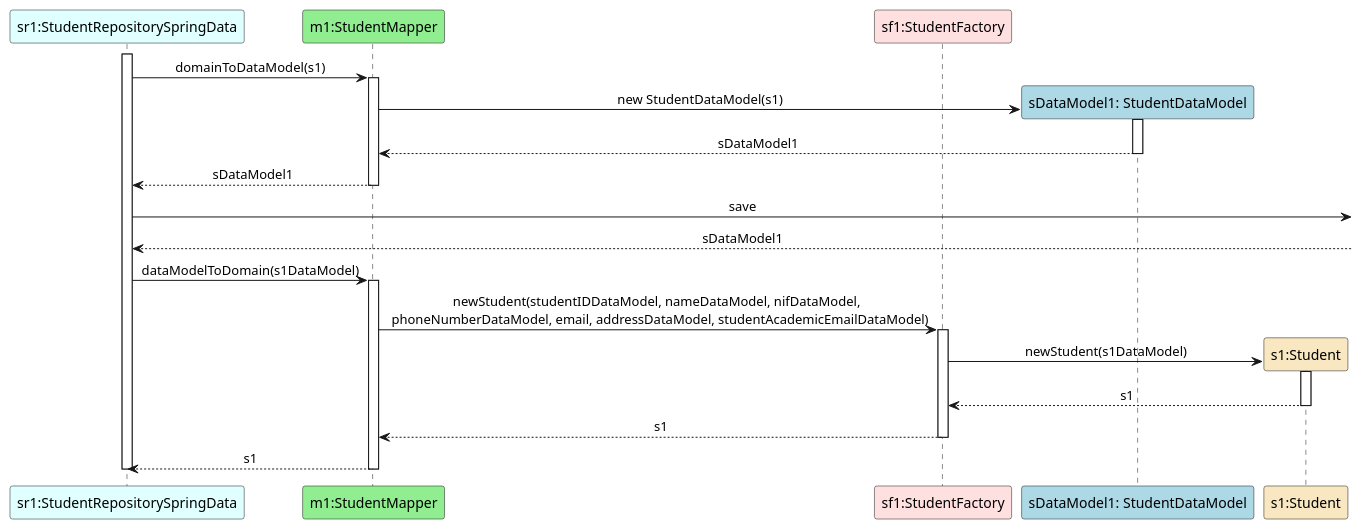
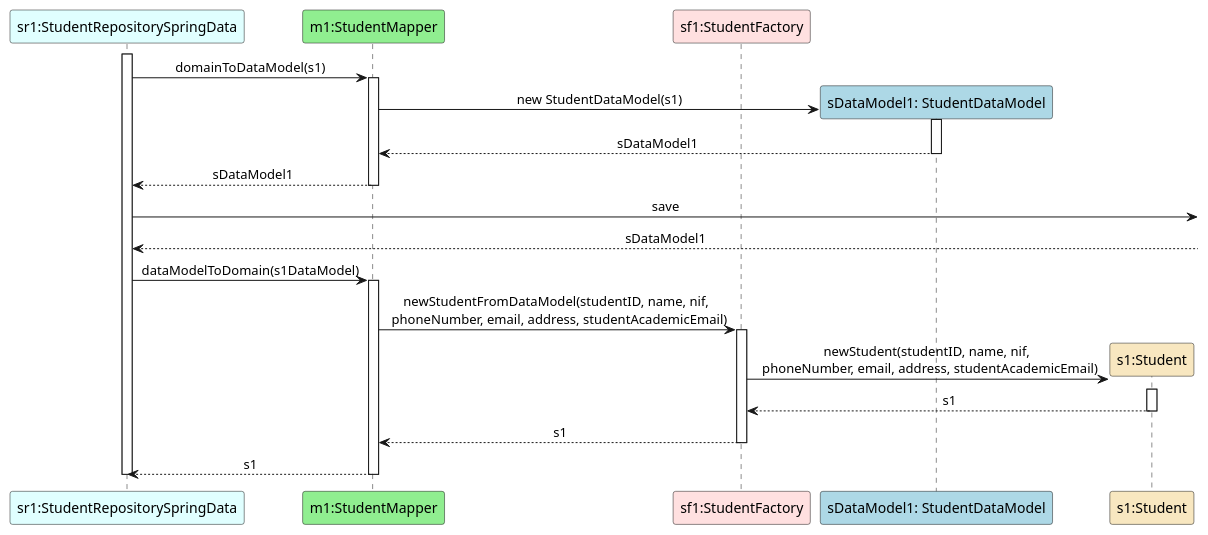
The diagram in docs/US08/Documentation_SpringData_JPA/US08_SaveInDataBase.puml (GasparISEP/DevOps-PAI), drawn with PlantUML before and after one commit. The commit also changed 2 other files, not shown here.

Commit message:
Fix #269: Minor corrections in RegisterAStudentInTheSystem sequence diagrama and related ref diagrams

```diff
--- a/docs/US08/Documentation_SpringData_JPA/US08_SaveInDataBase.puml
+++ b/docs/US08/Documentation_SpringData_JPA/US08_SaveInDataBase.puml
@@ -1,34 +1,34 @@
 @startuml
 participant "sr1:StudentRepositorySpringData" as SR #lightcyan
 participant "m1:StudentMapper" as mapper #lightgreen
 participant "sf1:StudentFactory" as factory #implementation
 participant "sDataModel1: StudentDataModel" as sDM #lightblue
 participant "s1:Student" as s1 #strategy
 skinparam sequenceMessageAlign center
 
 
 activate SR
 SR -> mapper: domainToDataModel(s1)
 activate mapper
 mapper -> sDM**: new StudentDataModel(s1)
 activate sDM
 sDM --> mapper : sDataModel1
 deactivate sDM
 mapper --> SR: sDataModel1
 deactivate mapper
 SR -> : save
 SR <-- :sDataModel1
 SR -> mapper: dataModelToDomain(s1DataModel)
 activate mapper
-mapper -> factory : newStudent(studentIDDataModel, nameDataModel, nifDataModel, \n phoneNumberDataModel, email, addressDataModel, studentAcademicEmailDataModel)
+mapper -> factory : newStudentFromDataModel(studentID, name, nif, \n phoneNumber, email, address, studentAcademicEmail)
 activate factory
-factory -> s1**: newStudent(s1DataModel)
+factory -> s1**: newStudent(studentID, name, nif, \n phoneNumber, email, address, studentAcademicEmail)
 activate s1
 s1 --> factory: s1
 deactivate s1
 factory --> mapper: s1
 deactivate factory
 mapper --> SR : s1
 deactivate mapper
 deactivate SR
 @enduml
```
